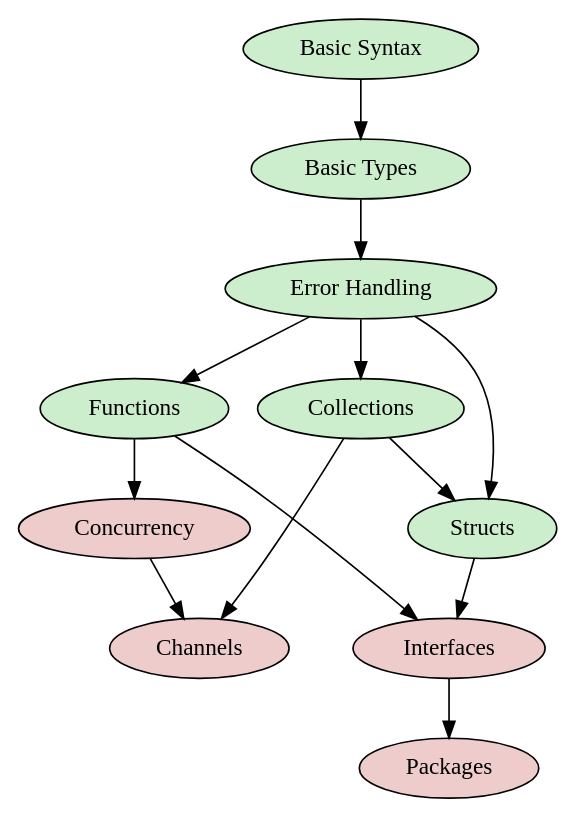
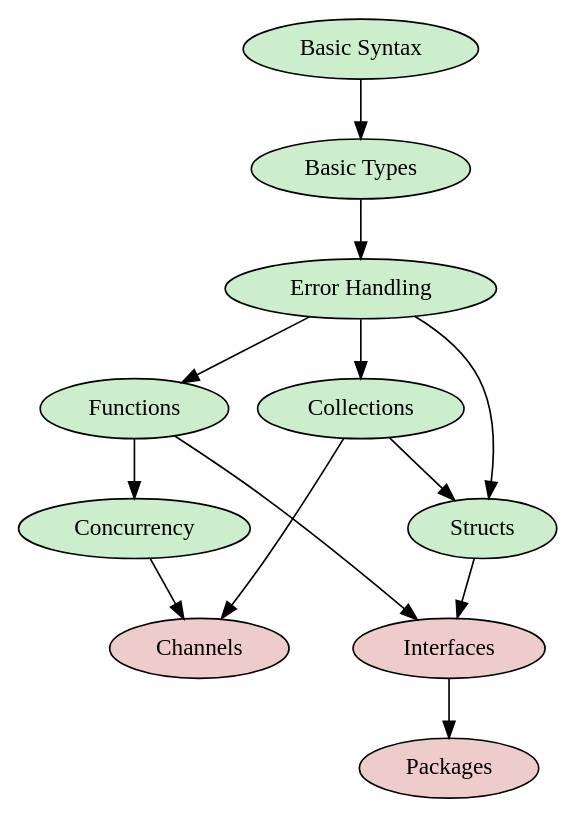
One commit to pdbogen/go101 changed the diagram in index.dot. Above: the diagram before and after it, drawn with Graphviz. The commit also changed 10 other files, not shown here.

```diff
--- a/index.dot
+++ b/index.dot
@@ -1,15 +1,16 @@
 digraph {
   node [style=filled, fillcolor="#EECCCC"];
   "Basic Syntax" [href="./basics", fillcolor="#CCEECC"];
   "Basic Types" [href="./types", fillcolor="#CCEECC"];
   "Error Handling" [href="./errors", fillcolor="#CCEECC"];
   "Functions" [href="./functions", fillcolor="#CCEECC"];
   "Structs" [href="./structs", fillcolor="#CCEECC"];
   "Collections" [href="./collections", fillcolor="#CCEECC"];
+  "Concurrency" [href="./concurrency", fillcolor="#CCEECC"];
   "Basic Syntax" -> "Basic Types" -> "Error Handling";
   "Error Handling" -> "Functions" -> "Concurrency" -> "Channels";
   "Error Handling" -> "Collections" -> "Channels";
   "Error Handling" -> "Structs" -> "Interfaces" -> "Packages"
   "Functions" -> "Interfaces";
   "Collections" -> "Structs";
 }
```
